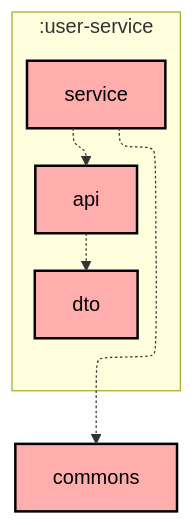
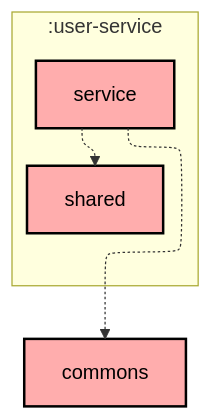
One commit to Norby99/munchies changed the diagram in user-service/service/README.md. Above: the diagram before and after it, drawn with Mermaid. The commit also changed 17 other files, not shown here.

Commit message:
refactor: revised user service architecture

````diff
--- a/user-service/service/README.md
+++ b/user-service/service/README.md
@@ -6,22 +6,20 @@
 ```mermaid
 ---
 config:
   layout: elk
   elk:
     nodePlacementStrategy: SIMPLE
 ---
 graph TB
   subgraph :user-service
     direction TB
-    :user-service:api[api]:::unknown
-    :user-service:dto[dto]:::unknown
     :user-service:service[service]:::unknown
+    :user-service:shared[shared]:::unknown
   end
   :commons[commons]:::unknown
 
-  :user-service:api -.-> :user-service:dto
   :user-service:service -.-> :commons
-  :user-service:service -.-> :user-service:api
+  :user-service:service -.-> :user-service:shared
 
 classDef unknown fill:#FFADAD,stroke:#000,stroke-width:2px,color:#000;
 ```
````
